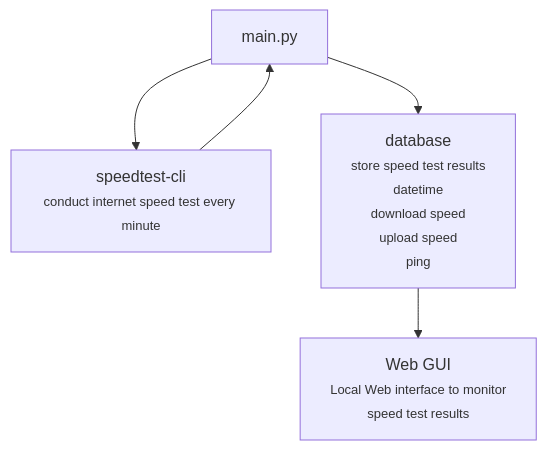
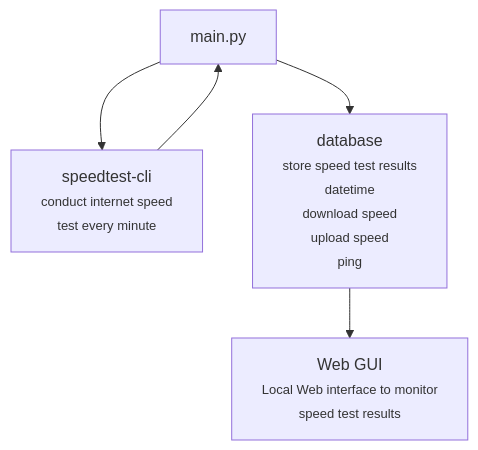
Before and after one commit to ywfumav/pyinternetspeedtest: the diagram in README.md, drawn with Mermaid. The commit also changed other lines of this file, not shown here.

````diff
--- a/README.md
+++ b/README.md
@@ -11,7 +40,7 @@
 ```mermaid
 graph TD;
-A[<font size = 3>main.py]-->B[<font size = 3>speedtest-cli<br><font size = 2>conduct internet speed test every minute] 
+A[<font size = 3>main.py]-->B[<font size = 3>speedtest-cli<br><font size = 2>conduct internet speed <br> test every minute] 
 B-->A
 A-->C[<font size = 3>database<br><font size = 2>store speed test results<br>datetime<br>download speed<br>upload speed<br>ping]
 C-->D[<font size = 3>Web GUI<br><font size = 2>Local Web interface to monitor <br> speed test results ]
 ```
````
